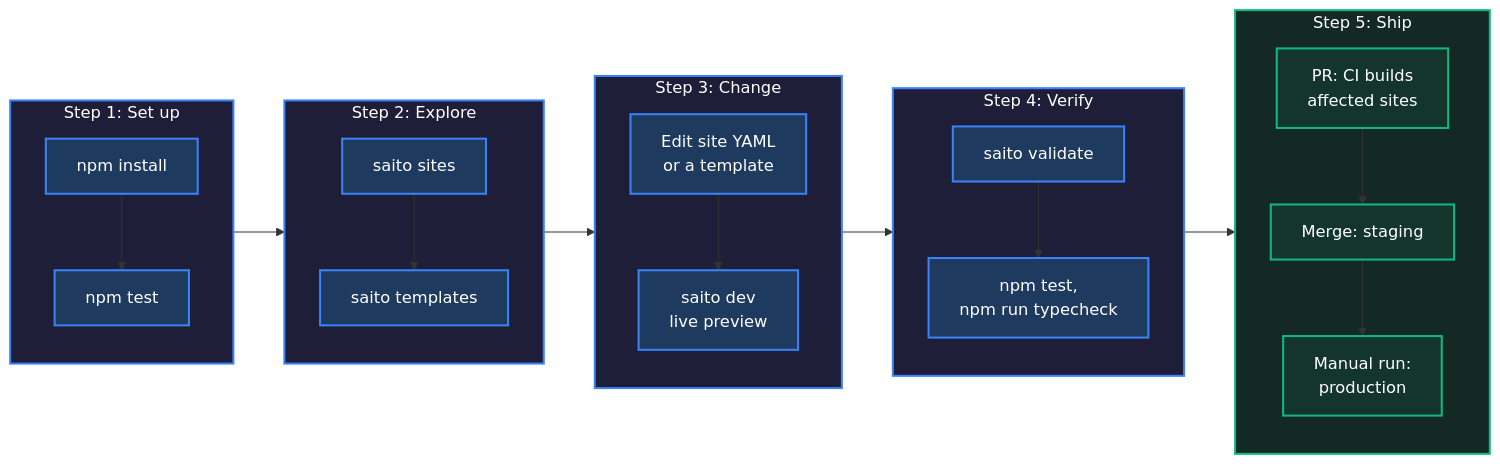
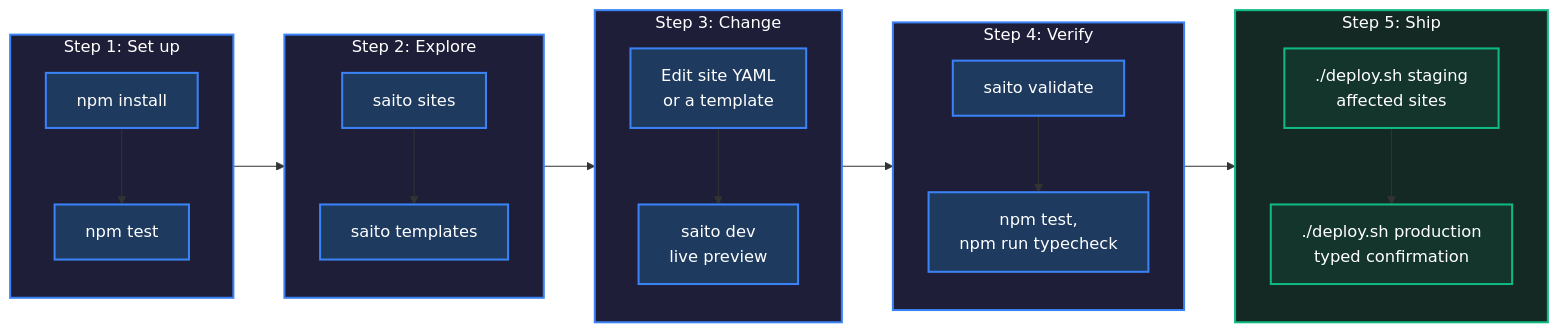
The eighth of 21 diagrams in README.md (Gualtix/saito-builder), drawn with Mermaid before and after one commit. The commit also changed other lines of this file and 9 other files, not shown here.

````diff
--- a/README.md
+++ b/README.md
@@ -427,35 +428,34 @@
 ```mermaid
 flowchart LR
   classDef blue  fill:#1e3a5f,stroke:#3b82f6,stroke-width:2px,color:#ffffff,filter:none
   classDef green fill:#14352c,stroke:#10b981,stroke-width:2px,color:#ffffff,filter:none
   classDef red   fill:#3b1a1a,stroke:#ef4444,stroke-width:2px,color:#ffffff,filter:none
   classDef teal  fill:#0f2d2d,stroke:#14b8a6,stroke-width:2px,color:#ffffff,filter:none
   classDef gray  fill:#1f1f1f,stroke:#6b7280,stroke-width:2px,color:#ffffff,filter:none
 
   subgraph J1["Step 1: Set up"]
     A1["npm install"] --> A2["npm test"]
   end
   subgraph J2["Step 2: Explore"]
     B1["saito sites"] --> B2["saito templates"]
   end
   subgraph J3["Step 3: Change"]
     C1["Edit site YAML<br>or a template"] --> C2["saito dev<br>live preview"]
   end
   subgraph J4["Step 4: Verify"]
     D1["saito validate"] --> D2["npm test,<br>npm run typecheck"]
   end
   subgraph J5["Step 5: Ship"]
-    E1["PR: CI builds<br>affected sites"] --> E2["Merge: staging"]
-    E2 --> E3["Manual run:<br>production"]
+    E1["./deploy.sh staging<br>affected sites"] --> E2["./deploy.sh production<br>typed confirmation"]
   end
 
   J1 --> J2 --> J3 --> J4 --> J5
 
   class A1,A2,B1,B2,C1,C2,D1,D2 blue
-  class E1,E2,E3 green
+  class E1,E2 green
   style J1 fill:#1e1e38,stroke:#3b82f6,stroke-width:2px,color:#ffffff,filter:none
   style J2 fill:#1e1e38,stroke:#3b82f6,stroke-width:2px,color:#ffffff,filter:none
   style J3 fill:#1e1e38,stroke:#3b82f6,stroke-width:2px,color:#ffffff,filter:none
   style J4 fill:#1e1e38,stroke:#3b82f6,stroke-width:2px,color:#ffffff,filter:none
   style J5 fill:#142824,stroke:#10b981,stroke-width:2px,color:#ffffff,filter:none
 ```
````
